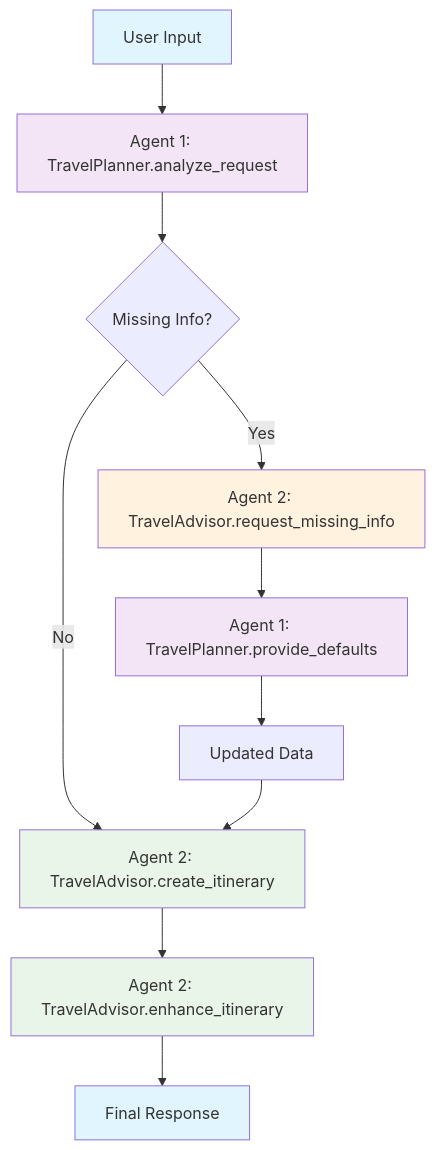
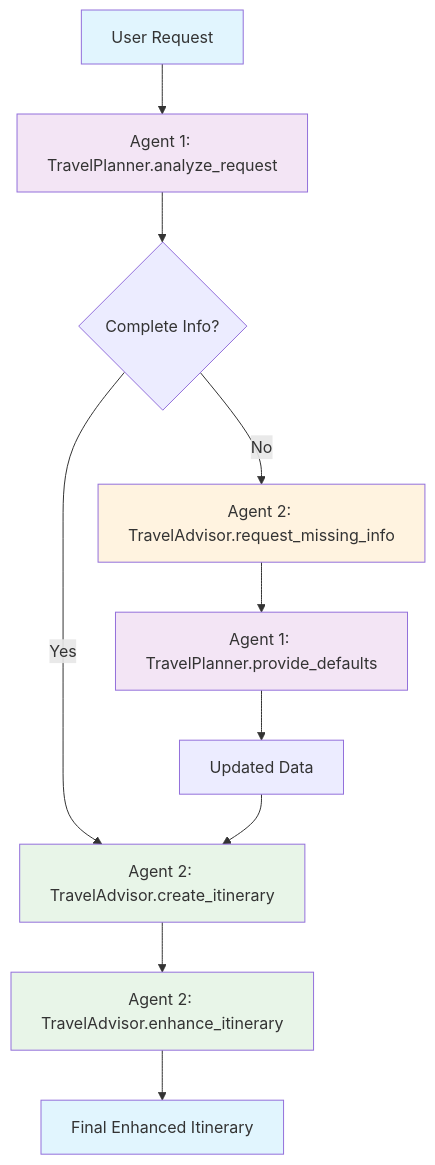
One commit to iamask/multi-agent-travel-planner changed the diagram in README.md. Above: the diagram before and after it, drawn with Mermaid. The commit also changed other lines of this file, not shown here.

````diff
--- a/README.md
+++ b/README.md
@@ -191,20 +28,20 @@
 ```mermaid
 graph TD
-    A[User Input] --> B[Agent 1: TravelPlanner.analyze_request]
-    B --> C{Missing Info?}
-    C -->|Yes| D[Agent 2: TravelAdvisor.request_missing_info]
-    C -->|No| E[Agent 2: TravelAdvisor.create_itinerary]
-    D --> F[Agent 1: TravelPlanner.provide_defaults]
+    A[User Request] --> B[Agent 1: TravelPlanner.analyze_request]
+    B --> C{Complete Info?}
+    C -->|Yes| D[Agent 2: TravelAdvisor.create_itinerary]
+    C -->|No| E[Agent 2: TravelAdvisor.request_missing_info]
+    E --> F[Agent 1: TravelPlanner.provide_defaults]
     F --> G[Updated Data]
-    G --> E
-    E --> H[Agent 2: TravelAdvisor.enhance_itinerary]
-    H --> I[Final Response]
+    G --> D
+    D --> H[Agent 2: TravelAdvisor.enhance_itinerary]
+    H --> I[Final Enhanced Itinerary]
 
     style A fill:#e1f5fe
     style B fill:#f3e5f5
-    style D fill:#fff3e0
+    style E fill:#fff3e0
     style F fill:#f3e5f5
-    style E fill:#e8f5e8
+    style D fill:#e8f5e8
     style H fill:#e8f5e8
     style I fill:#e1f5fe
 ```
````
